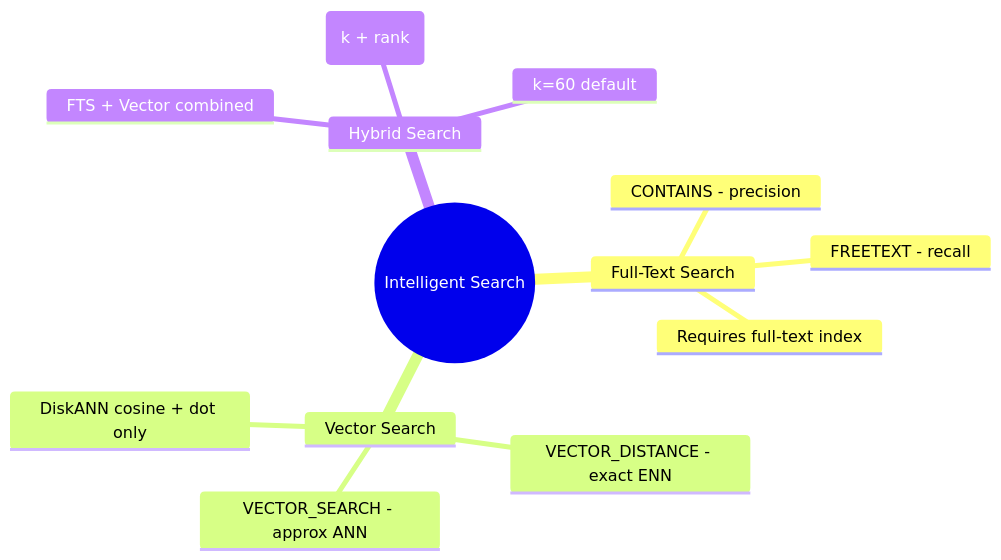
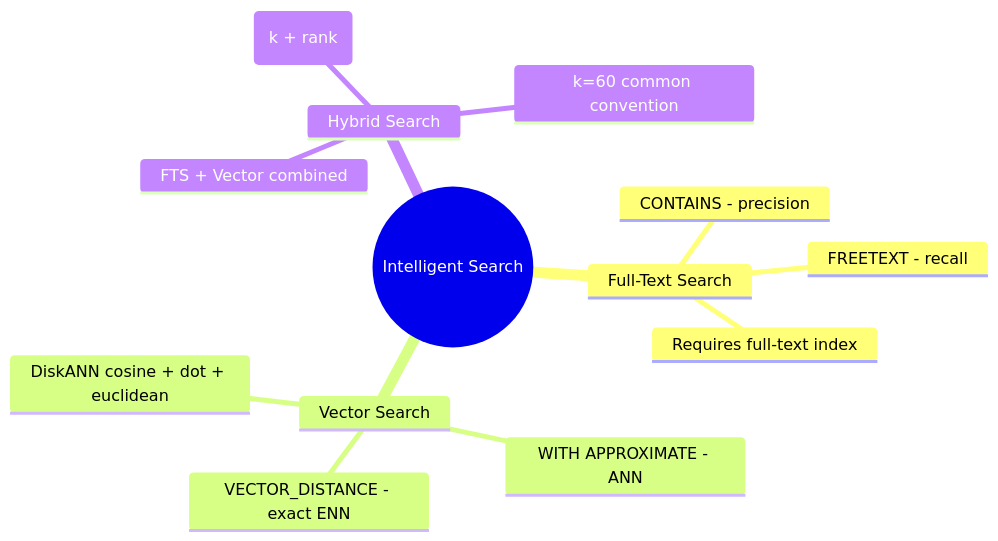
One commit to jucelinoss/dp-800-study-guide changed the first of 2 diagrams in certification/10-intelligent-search/intelligent-search.md. Above: the diagram before and after it, drawn with Mermaid. The commit also changed other lines of this file and 13 other files, not shown here.

````diff
--- a/certification/10-intelligent-search/intelligent-search.md
+++ b/certification/10-intelligent-search/intelligent-search.md
@@ -22,16 +22,16 @@
 ```mermaid
 mindmap
   root((Intelligent Search))
     Full-Text Search
       CONTAINS - precision
       FREETEXT - recall
       Requires full-text index
     Vector Search
       VECTOR_DISTANCE - exact ENN
-      VECTOR_SEARCH - approx ANN
-      DiskANN cosine + dot only
+      WITH APPROXIMATE - ANN
+      DiskANN cosine + dot + euclidean
     Hybrid Search
       FTS + Vector combined
       RRF = 1/(k + rank)
-      k=60 default
+      k=60 common convention
 ```
````
